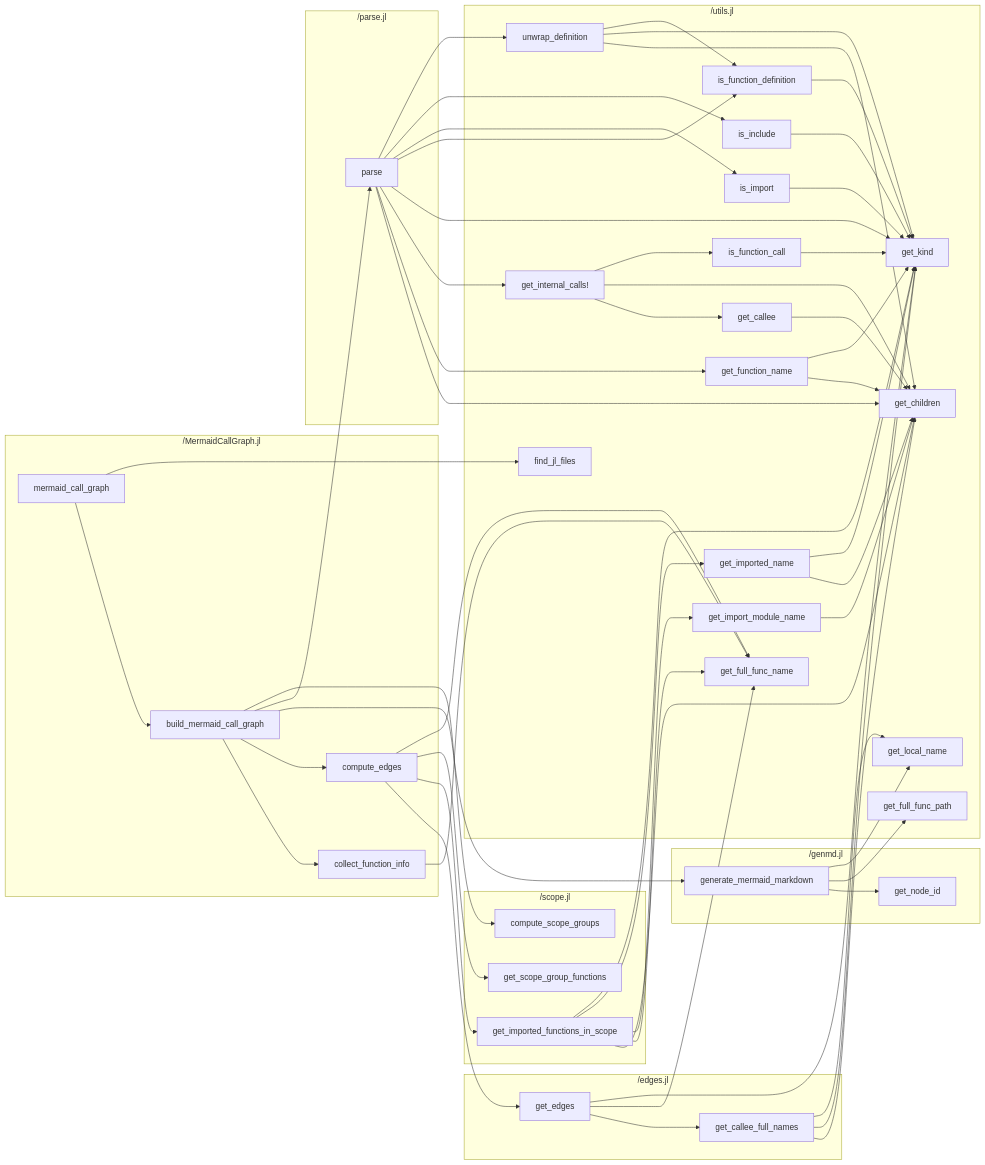
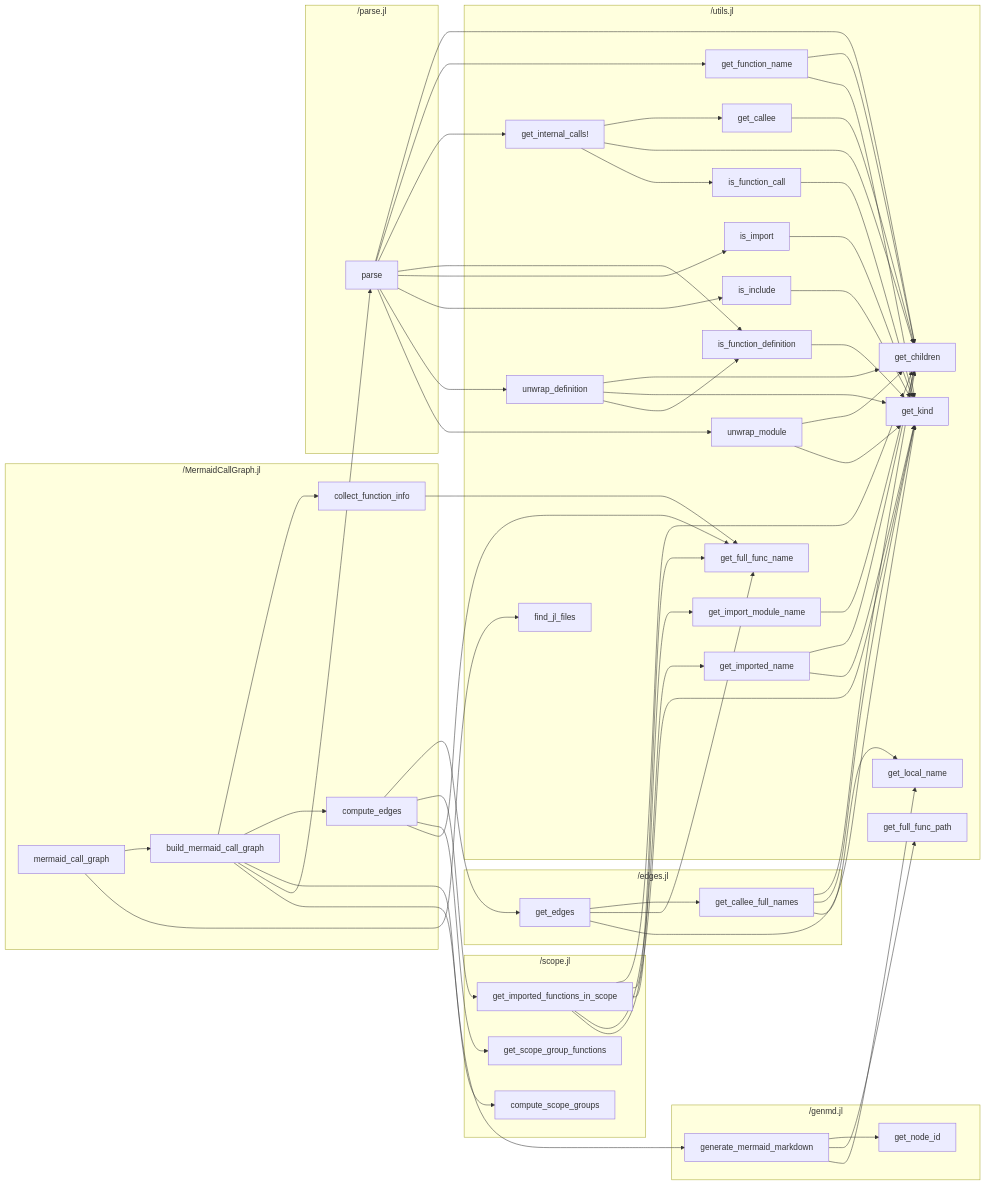
The diagram in README.md (t-garin/MermaidCallGraph.jl), drawn with Mermaid before and after one commit. The commit also changed other lines of this file and 3 other files, not shown here.

````diff
--- a/README.md
+++ b/README.md
@@ -51,6 +51,7 @@
         _utils_jl_is_import["is_import"]
         _utils_jl_is_include["is_include"]
         _utils_jl_unwrap_definition["unwrap_definition"]
+        _utils_jl_unwrap_module["unwrap_module"]
     end
     _MermaidCallGraph_jl_build_mermaid_call_graph --> _MermaidCallGraph_jl_collect_function_info
     _MermaidCallGraph_jl_build_mermaid_call_graph --> _MermaidCallGraph_jl_compute_edges
@@ -76,11 +77,11 @@
     _parse_jl_parse --> _utils_jl_get_children
     _parse_jl_parse --> _utils_jl_get_function_name
     _parse_jl_parse --> _utils_jl_get_internal_calls_
-    _parse_jl_parse --> _utils_jl_get_kind
     _parse_jl_parse --> _utils_jl_is_function_definition
     _parse_jl_parse --> _utils_jl_is_import
     _parse_jl_parse --> _utils_jl_is_include
     _parse_jl_parse --> _utils_jl_unwrap_definition
+    _parse_jl_parse --> _utils_jl_unwrap_module
     _scope_jl_get_imported_functions_in_scope --> _utils_jl_get_children
     _scope_jl_get_imported_functions_in_scope --> _utils_jl_get_full_func_name
     _scope_jl_get_imported_functions_in_scope --> _utils_jl_get_import_module_name
@@ -102,4 +103,6 @@
     _utils_jl_unwrap_definition --> _utils_jl_get_children
     _utils_jl_unwrap_definition --> _utils_jl_get_kind
     _utils_jl_unwrap_definition --> _utils_jl_is_function_definition
+    _utils_jl_unwrap_module --> _utils_jl_get_children
+    _utils_jl_unwrap_module --> _utils_jl_get_kind
 ```
````
